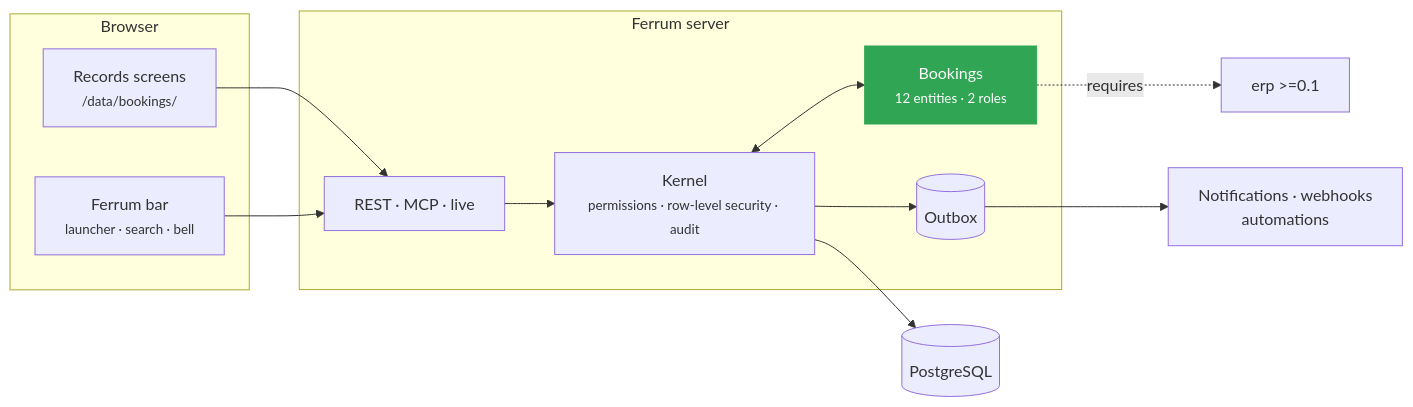
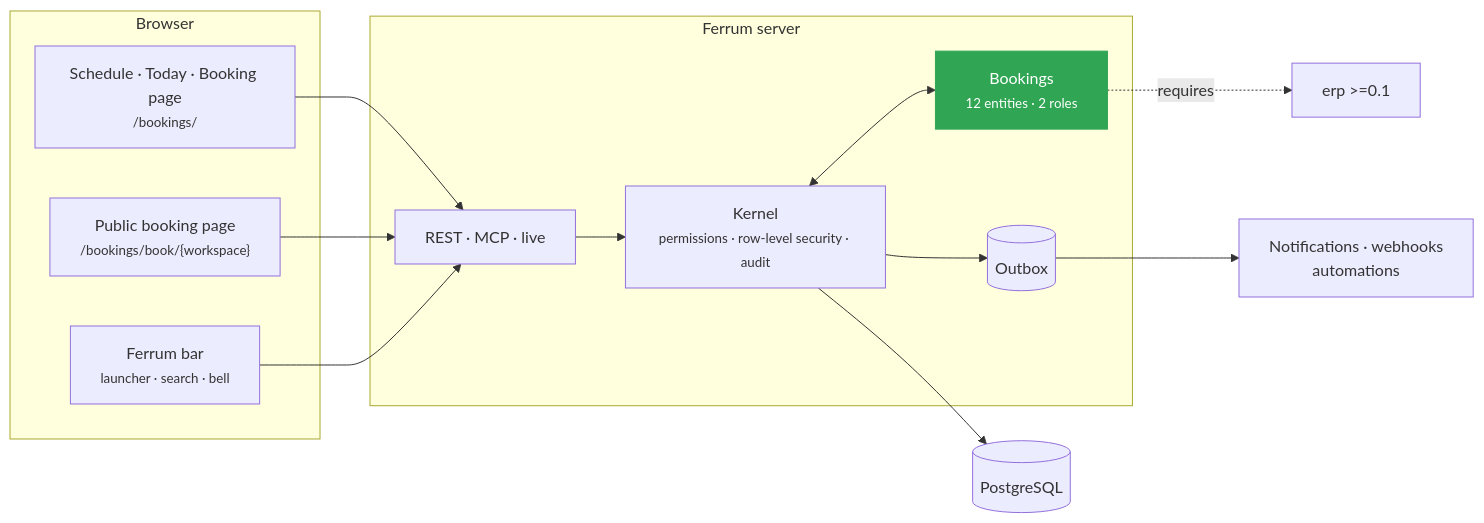
The second of 3 diagrams in README.md (CBFerrum/ferrum-app-bookings), drawn with Mermaid before and after one commit. The commit also changed other lines of this file and 1 other file, not shown here.

Commit message:
Bookings 0.2.0: the changelog and README tell of the interface

````diff
--- a/README.md
+++ b/README.md
@@ -120,21 +135,23 @@
 ```mermaid
 flowchart LR
     subgraph Browser
-        UI["Records screens<br/><small>/data/bookings/</small>"]
+        UI["Schedule · Today · Booking page<br/><small>/bookings/</small>"]
+        PUB["Public booking page<br/><small>/bookings/book/{workspace}</small>"]
         BAR["Ferrum bar<br/><small>launcher · search · bell</small>"]
     end
     subgraph Server["Ferrum server"]
         API["REST · MCP · live"]
         K["Kernel<br/><small>permissions · row-level security · audit</small>"]
         APP["Bookings<br/><small>12 entities · 2 roles</small>"]
         OB[("Outbox")]
     end
     DB[("PostgreSQL")]
     UI --> API --> K --> DB
+    PUB --> API
     BAR --> API
     K <--> APP
     K --> OB --> EV["Notifications · webhooks<br/>automations"]
     APP -. requires .-> D0["erp >=0.1"]
     classDef app fill:#30a654,color:#fff,stroke:#30a654
     class APP app
 ```
````
